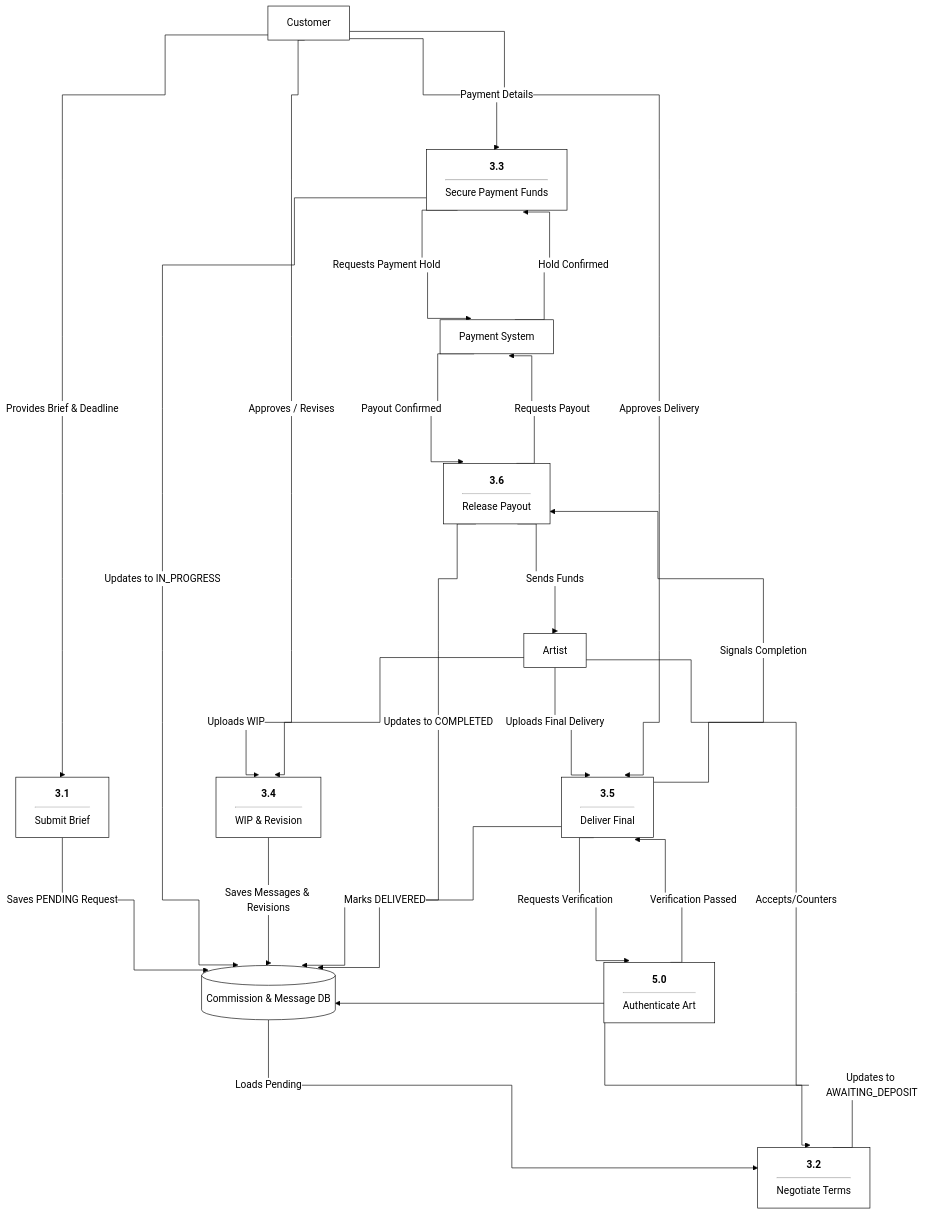
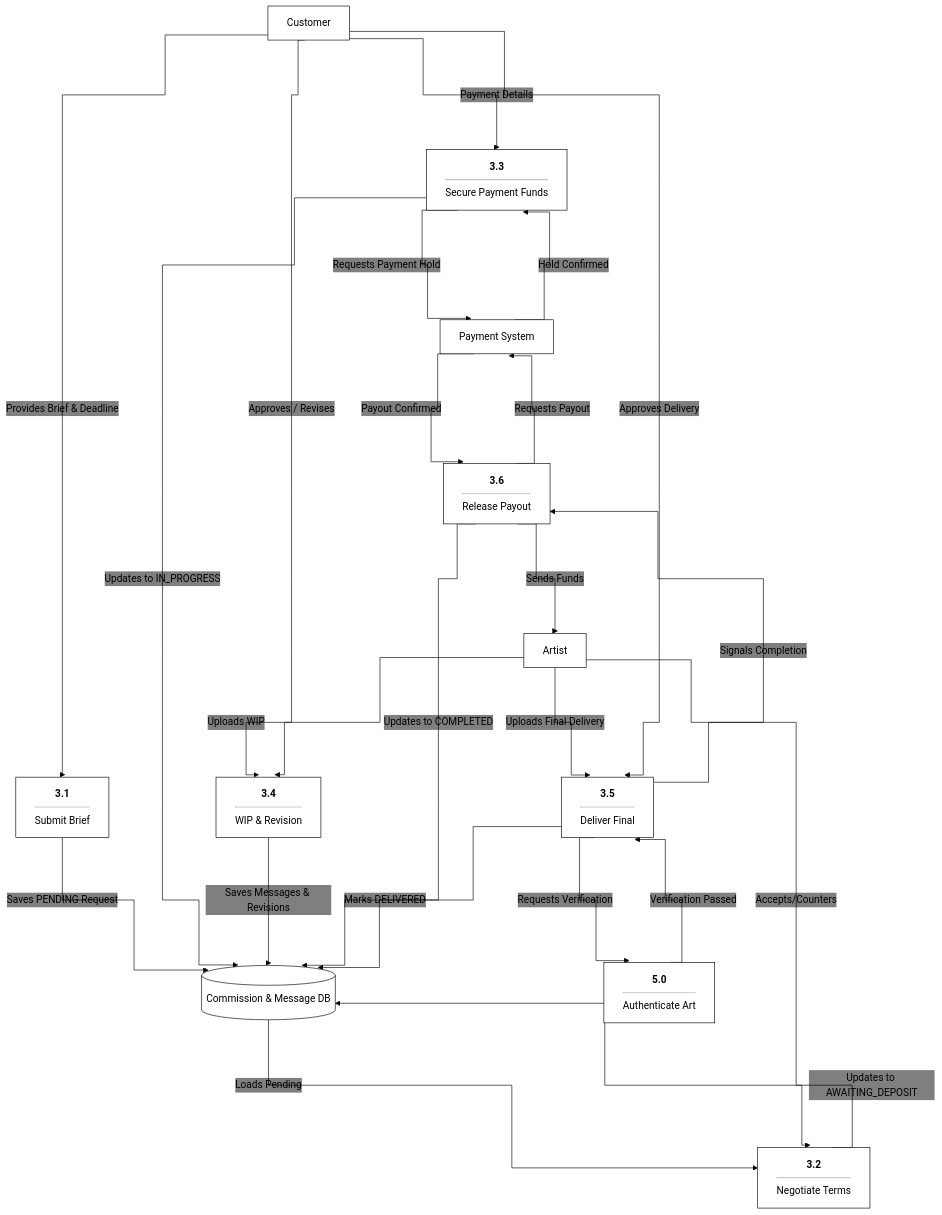
Before and after one commit to binssente-crypto/DFD: the third of 3 diagrams in README.md, drawn with Mermaid. The commit also changed other lines of this file, not shown here.

Commit message:
Make edge label background transparent so lines do not disappear behind text

````diff
--- a/README.md
+++ b/README.md
@@ -89,49 +89,49 @@
 ```mermaid
-%%{init: { 'flowchart': { 'curve': 'step', 'nodeSpacing': 150, 'rankSpacing': 150 }, 'theme': 'base', 'themeVariables': { 'primaryColor': '#ffffff', 'primaryBorderColor': '#000000', 'primaryTextColor': '#000000', 'lineColor': '#000000', 'background': '#ffffff', 'edgeLabelBackground': '#ffffff' } }}%%
+%%{init: { 'flowchart': { 'curve': 'step', 'nodeSpacing': 150, 'rankSpacing': 150 }, 'theme': 'base', 'themeVariables': { 'primaryColor': '#ffffff', 'primaryBorderColor': '#000000', 'primaryTextColor': '#000000', 'lineColor': '#000000', 'background': '#ffffff', 'edgeLabelBackground': 'transparent' } }}%%
 graph TD
     %% External Entities
     Customer[Customer]
     Artist[Artist]
     
     %% Stores & Services
     Database[(Commission & Message DB)]
     Payment[Payment System]
     P5["<b>5.0</b><hr/>Authenticate Art"]
     
     %% Sub-Processes
     P31["<b>3.1</b><hr/>Submit Brief"]
     P32["<b>3.2</b><hr/>Negotiate Terms"]
     P33["<b>3.3</b><hr/>Secure Payment Funds"]
     P34["<b>3.4</b><hr/>WIP & Revision"]
     P35["<b>3.5</b><hr/>Deliver Final"]
     P36["<b>3.6</b><hr/>Release Payout"]
     
     %% Flows
     Customer -- "Provides Brief & Deadline" --> P31
     P31 -- "Saves PENDING Request" --> Database
     
     Database -- "Loads Pending" --> P32
     Artist -- "Accepts/Counters" --> P32
     P32 -- "Updates to AWAITING_DEPOSIT" --> Database
     
     Customer -- "Payment Details" --> P33
     P33 -- "Requests Payment Hold" --> Payment
     Payment -- "Hold Confirmed" --> P33
     P33 -- "Updates to IN_PROGRESS" --> Database
     
     Artist -- "Uploads WIP" --> P34
     Customer -- "Approves / Revises" --> P34
     P34 -- "Saves Messages & Revisions" --> Database
     
     Artist -- "Uploads Final Delivery" --> P35
     P35 -- "Requests Verification" --> P5
     P5 -- "Verification Passed" --> P35
     Customer -- "Approves Delivery" --> P35
     P35 -- "Marks DELIVERED" --> Database
     
     P35 -- "Signals Completion" --> P36
     P36 -- "Requests Payout" --> Payment
     Payment -- "Payout Confirmed" --> P36
     P36 -- "Updates to COMPLETED" --> Database
     P36 -- "Sends Funds" --> Artist
 ```
````
